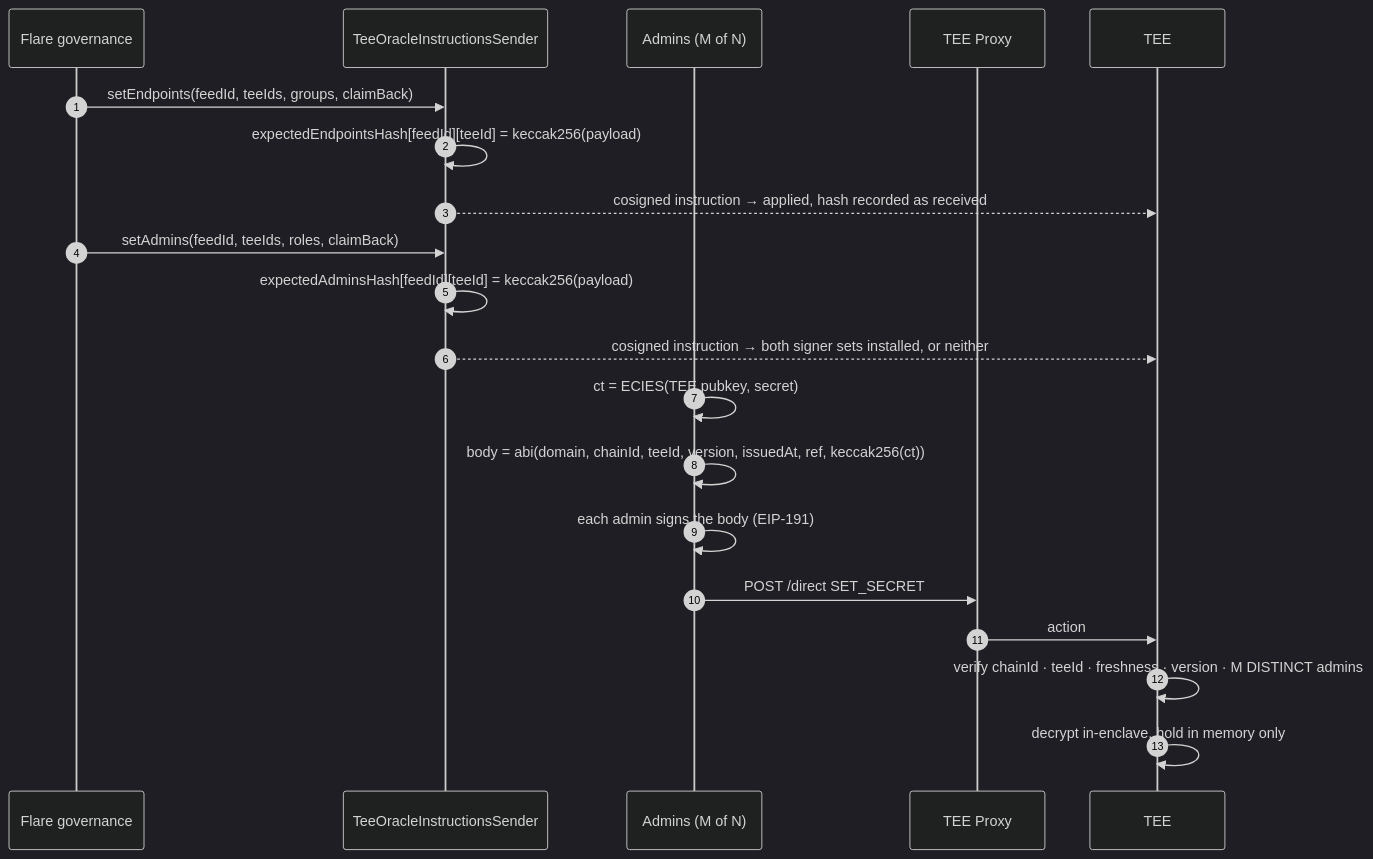
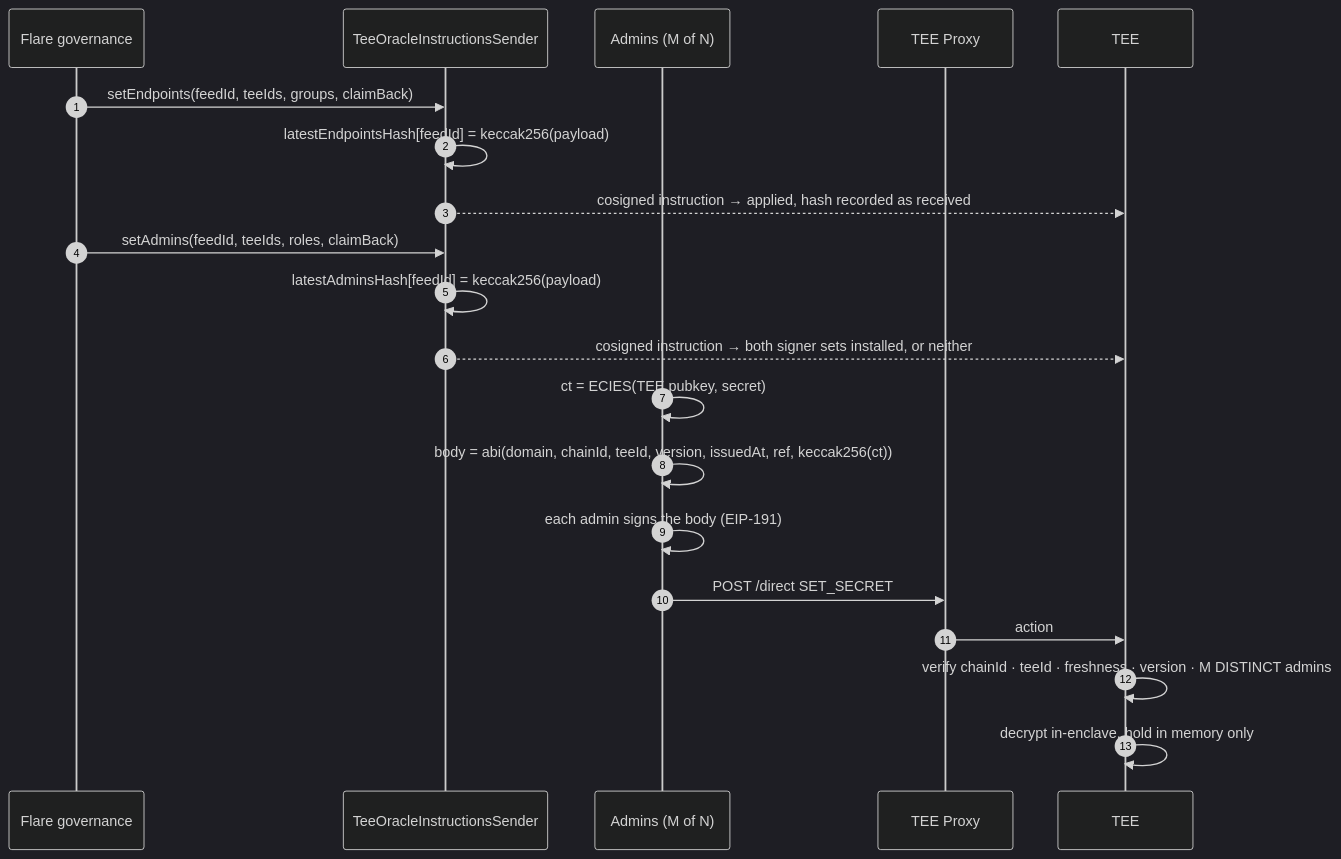
One commit to flare-foundation/fce-usdx-oracle changed the fourth of 4 diagrams in README.md. Above: the diagram before and after it, drawn with Mermaid (dark theme). The commit also changed other lines of this file and 18 other files, not shown here.

````diff
--- a/README.md
+++ b/README.md
@@ -173,22 +149,22 @@
 ```mermaid
 sequenceDiagram
   autonumber
   participant G as Flare governance
   participant IS as TeeOracleInstructionsSender
   participant A as Admins (M of N)
   participant P as TEE Proxy
   participant T as TEE
   G->>IS: setEndpoints(feedId, teeIds, groups, claimBack)
-  IS->>IS: expectedEndpointsHash[feedId][teeId] = keccak256(payload)
+  IS->>IS: latestEndpointsHash[feedId] = keccak256(payload)
   IS-->>T: cosigned instruction → applied, hash recorded as received
   G->>IS: setAdmins(feedId, teeIds, roles, claimBack)
-  IS->>IS: expectedAdminsHash[feedId][teeId] = keccak256(payload)
+  IS->>IS: latestAdminsHash[feedId] = keccak256(payload)
   IS-->>T: cosigned instruction → both signer sets installed, or neither
   A->>A: ct = ECIES(TEE pubkey, secret)
   A->>A: body = abi(domain, chainId, teeId, version, issuedAt, ref, keccak256(ct))
   A->>A: each admin signs the body (EIP-191)
   A->>P: POST /direct SET_SECRET
   P->>T: action
   T->>T: verify chainId · teeId · freshness · version · M DISTINCT admins
   T->>T: decrypt in-enclave, hold in memory only
 ```
````
